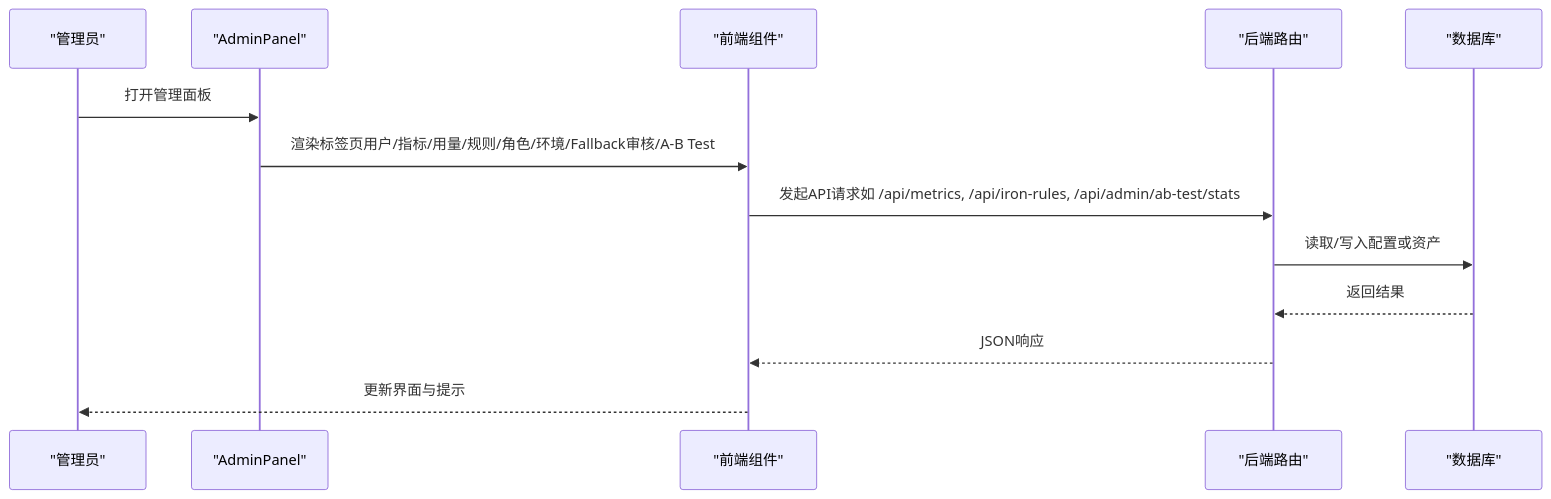
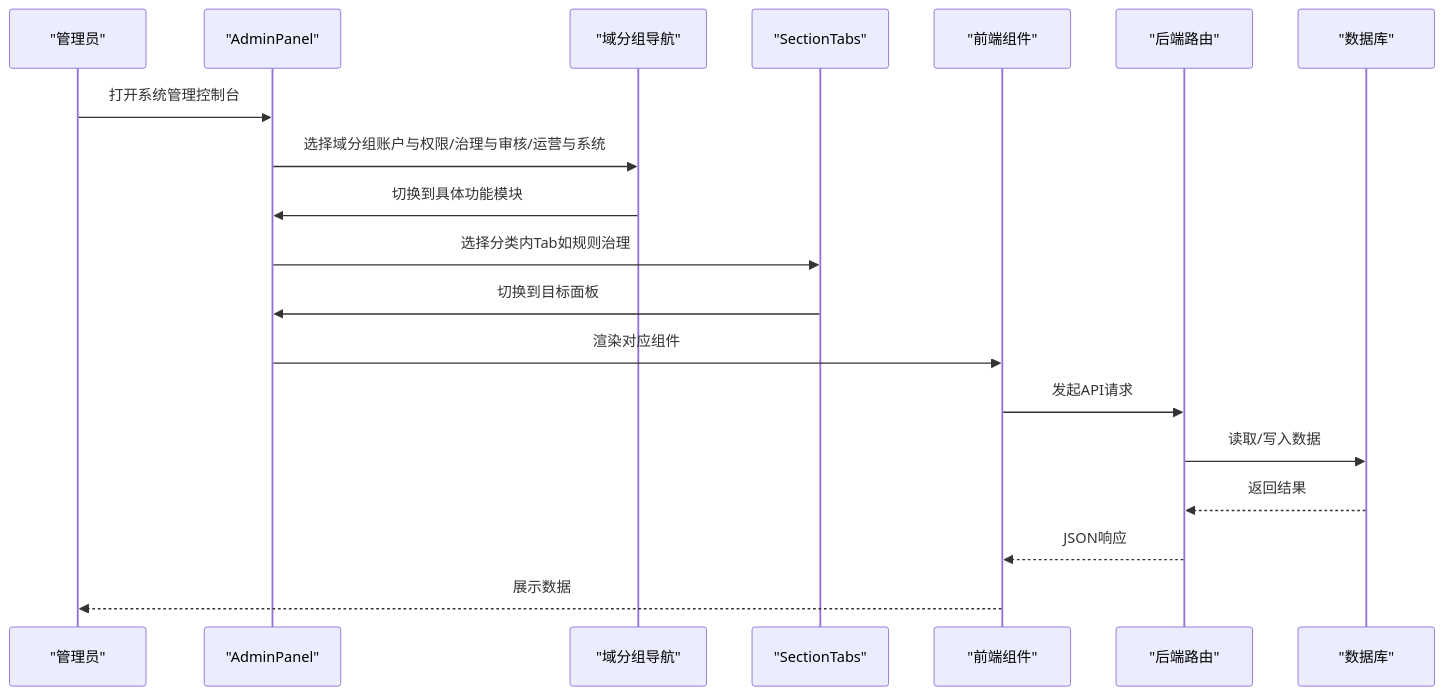
The second of 5 diagrams in .qoder/repowiki/zh/content/前端应用/核心组件库/管理面板组件.md (dgjin/smart-data-analytics), drawn with Mermaid before and after one commit. The commit also changed other lines of this file and 146 other files, not shown here.

````diff
--- a/.qoder/repowiki/zh/content/前端应用/核心组件库/管理面板组件.md
+++ b/.qoder/repowiki/zh/content/前端应用/核心组件库/管理面板组件.md
@@ -146,15 +195,21 @@
 ```mermaid
 sequenceDiagram
 participant U as "管理员"
 participant AP as "AdminPanel"
+participant DG as "域分组导航"
+participant ST as "SectionTabs"
 participant FE as "前端组件"
 participant BE as "后端路由"
 participant DB as "数据库"
-U->>AP : 打开管理面板
-AP->>FE : 渲染标签页用户/指标/用量/规则/角色/环境/Fallback审核/A-B Test
-FE->>BE : 发起API请求如 /api/metrics, /api/iron-rules, /api/admin/ab-test/stats
-BE->>DB : 读取/写入配置或资产
+U->>AP : 打开系统管理控制台
+AP->>DG : 选择域分组账户与权限/治理与审核/运营与系统
+DG->>AP : 切换到具体功能模块
+AP->>ST : 选择分类内Tab如规则治理
+ST->>AP : 切换到目标面板
+AP->>FE : 渲染对应组件
+FE->>BE : 发起API请求
+BE->>DB : 读取/写入数据
 DB-->>BE : 返回结果
 BE-->>FE : JSON响应
-FE-->>U : 更新界面与提示
+FE-->>U : 展示数据
 ```
````
